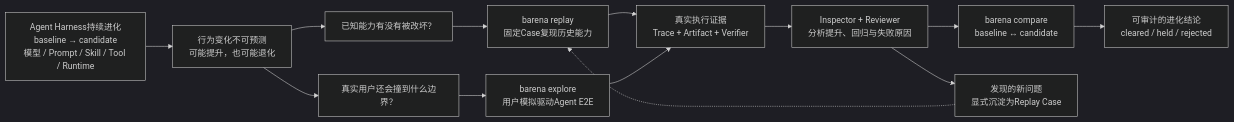
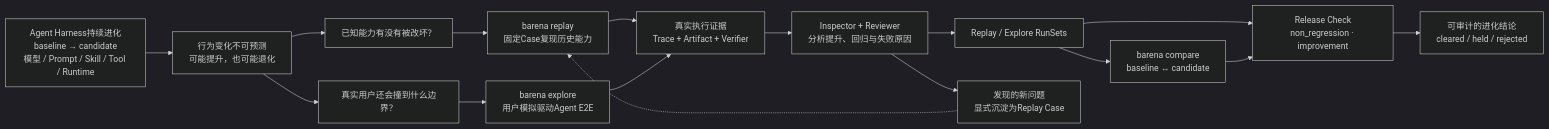
The first of 4 diagrams in docs/SPEC.md (fightheyyy/barena), drawn with Mermaid (dark theme) before and after one commit. The commit also changed other lines of this file and 54 other files, not shown here.

````diff
--- a/docs/SPEC.md
+++ b/docs/SPEC.md
@@ -46,27 +48,32 @@
 ```mermaid
 flowchart LR
     Change["Agent Harness持续进化<br/>baseline → candidate<br/>模型 / Prompt / Skill / Tool / Runtime"]
     Risk["行为变化不可预测<br/>可能提升，也可能退化"]
     Known["已知能力有没有被改坏？"]
     Unknown["真实用户还会撞到什么边界？"]
     Replay["barena replay<br/>固定Case复现历史能力"]
     E2E["barena explore<br/>用户模拟驱动Agent E2E"]
     Evidence["真实执行证据<br/>Trace + Artifact + Verifier"]
     Review["Inspector + Reviewer<br/>分析提升、回归与失败原因"]
+    RunSets["Replay / Explore RunSets"]
     Compare["barena compare<br/>baseline ↔ candidate"]
+    Gate["Release Check<br/>non_regression · improvement"]
     Decision["可审计的进化结论<br/>cleared / held / rejected"]
     NewCase["发现的新问题<br/>显式沉淀为Replay Case"]
 
     Change --> Risk
     Risk --> Known
     Risk --> Unknown
     Known --> Replay
     Unknown --> E2E
     Replay --> Evidence
     E2E --> Evidence
     Evidence --> Review
-    Review --> Compare
-    Compare --> Decision
+    Review --> RunSets
+    RunSets --> Gate
+    RunSets --> Compare
+    Compare --> Gate
+    Gate --> Decision
     Review --> NewCase
     NewCase -.-> Replay
 ```
````
